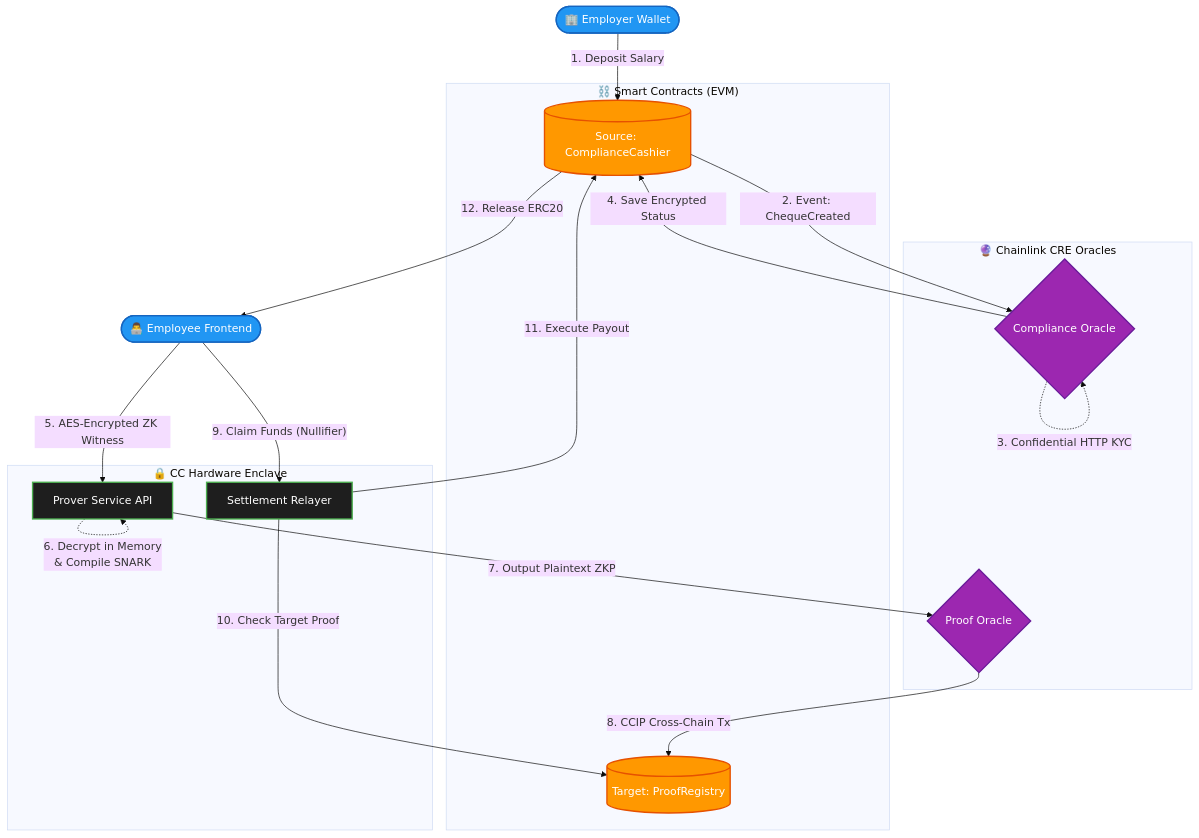
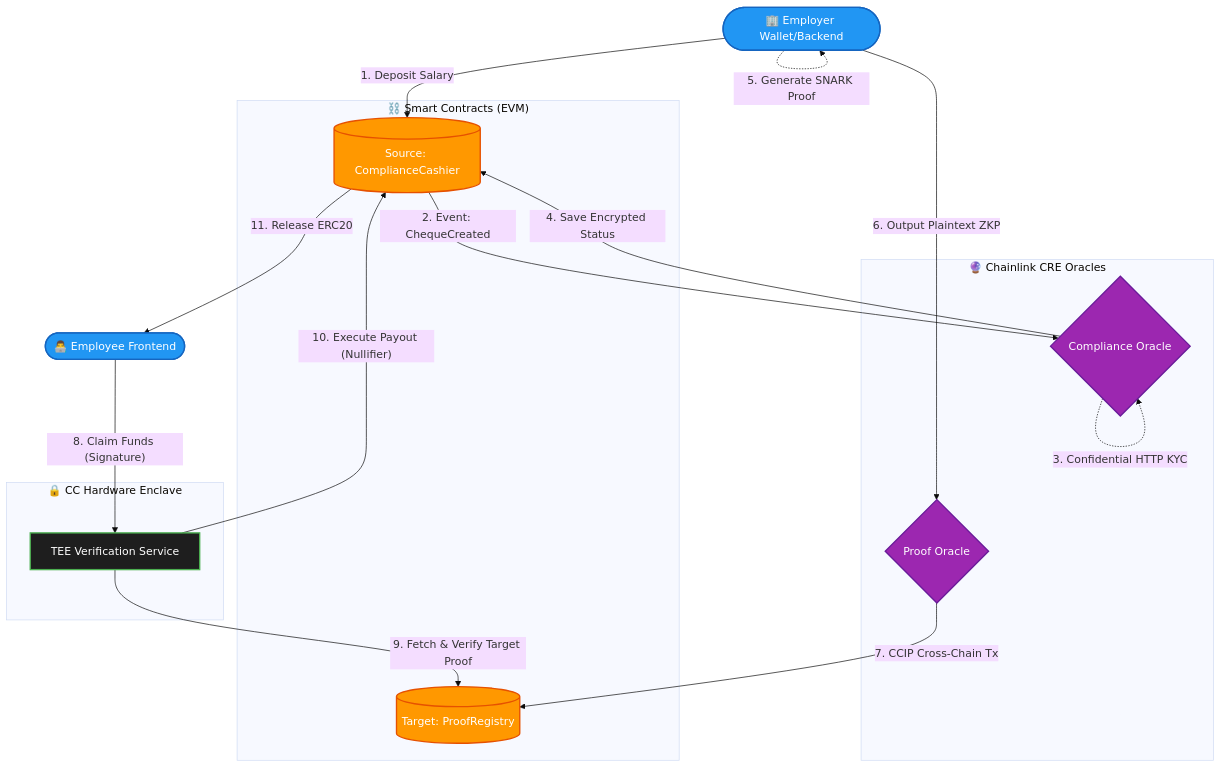
One commit to yashsharma22003/Aletheia changed the diagram in ARCHITECTURE.md. Above: the diagram before and after it, drawn with Mermaid (base theme). The commit also changed other lines of this file and 13 other files, not shown here.

````diff
--- a/ARCHITECTURE.md
+++ b/ARCHITECTURE.md
@@ -37,49 +37,47 @@
 ```mermaid
 flowchart TB
     %% Entities
-    Employer([🏢 Employer Wallet])
+    Employer([🏢 Employer Wallet/Backend])
     Employee([👨‍💻 Employee Frontend])
     
     subgraph Blockchains ["⛓️ Smart Contracts (EVM)"]
         Source[(Source: ComplianceCashier)]
         Target[(Target: ProofRegistry)]
     end
     
     subgraph Oracles ["🔮 Chainlink CRE Oracles"]
         Oracle1{Compliance Oracle}
         Oracle2{Proof Oracle}
     end
     
     subgraph TEE ["🔒 CC Hardware Enclave"]
-        Prover[Prover Service API]
-        Relayer[Settlement Relayer]
+        Verifier[TEE Verification Service]
     end
 
     %% Phase 1
     Employer -- "1. Deposit Salary" --> Source
     Source -- "2. Event: ChequeCreated" --> Oracle1
     Oracle1 -. "3. Confidential HTTP KYC" .-> Oracle1
     Oracle1 -- "4. Save Encrypted Status" --> Source
 
     %% Phase 2
-    Employee -- "5. AES-Encrypted ZK Witness" --> Prover
-    Prover -. "6. Decrypt in Memory\n& Compile SNARK" .-> Prover
-    Prover -- "7. Output Plaintext ZKP" --> Oracle2
-    Oracle2 -- "8. CCIP Cross-Chain Tx" --> Target
+    Employer -. "5. Generate SNARK Proof" .-> Employer
+    Employer -- "6. Output Plaintext ZKP" --> Oracle2
+    Oracle2 -- "7. CCIP Cross-Chain Tx" --> Target
 
     %% Phase 3
-    Employee -- "9. Claim Funds (Nullifier)" --> Relayer
-    Relayer -- "10. Check Target Proof" --> Target
-    Relayer -- "11. Execute Payout" --> Source
-    Source -- "12. Release ERC20" --> Employee
+    Employee -- "8. Claim Funds (Signature)" --> Verifier
+    Verifier -- "9. Fetch & Verify Target Proof" --> Target
+    Verifier -- "10. Execute Payout (Nullifier)" --> Source
+    Source -- "11. Release ERC20" --> Employee
 
     %% Clean Styles
     classDef default fill:#1E1E1E,stroke:#4CAF50,stroke-width:2px,color:#FFF;
     classDef actor fill:#2196F3,stroke:#1565C0,stroke-width:2px,color:#FFF;
     classDef db fill:#FF9800,stroke:#E65100,stroke-width:2px,color:#FFF;
     classDef oracle fill:#9C27B0,stroke:#6A1B9A,stroke-width:2px,color:#FFF;
     
     class Employer,Employee actor;
     class Source,Target db;
     class Oracle1,Oracle2 oracle;
 ```
````
